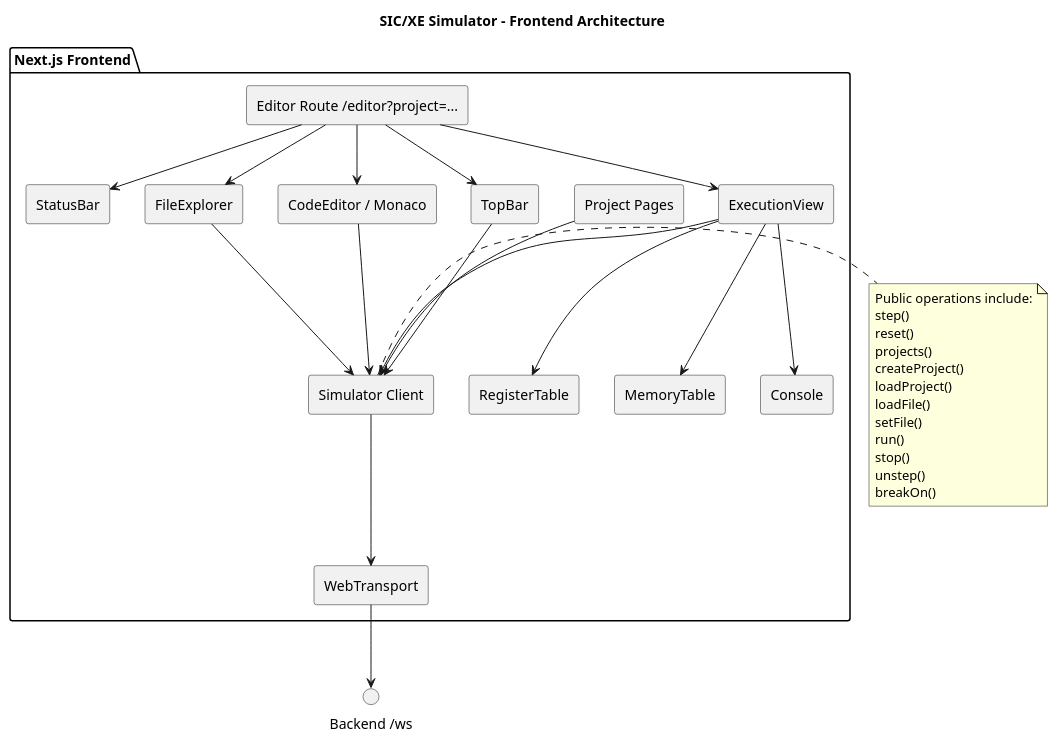
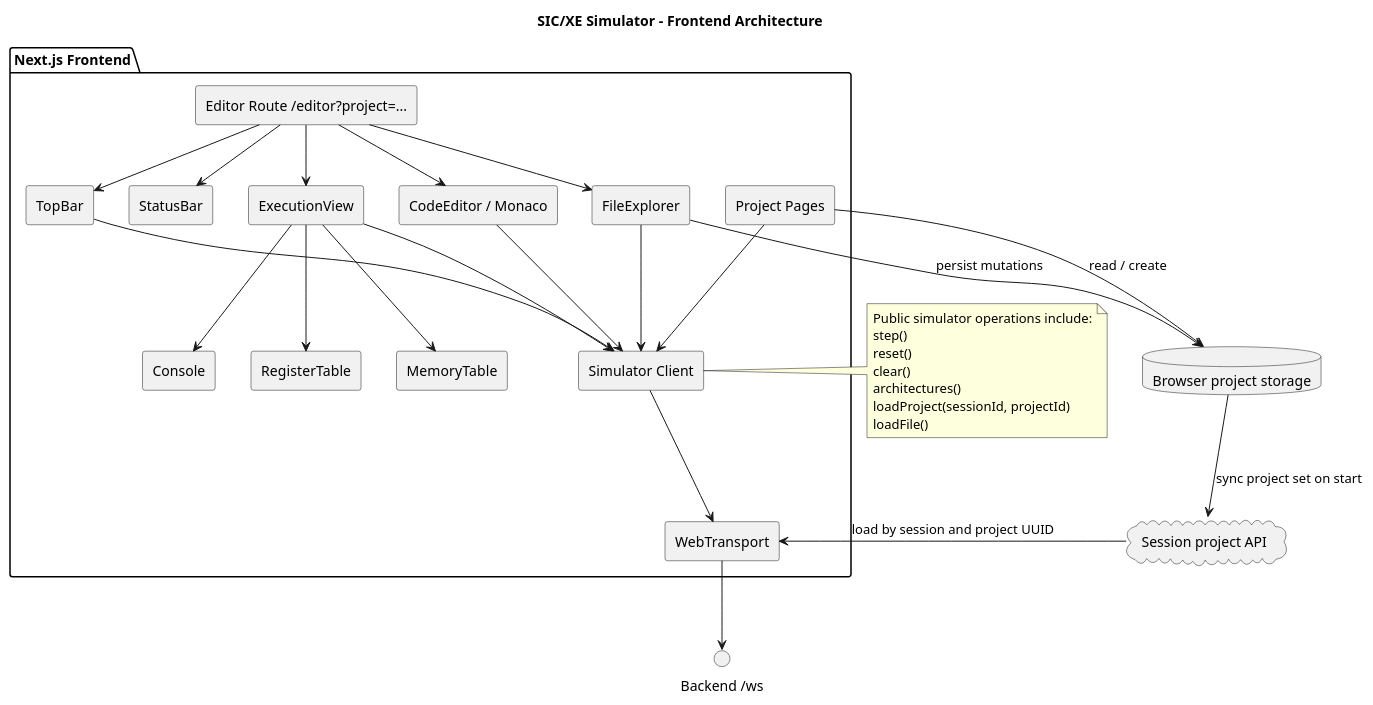
One commit to Eduardo-Machado-Behling/SIC-XE-Simulator changed the diagram in backend/docs/uml/08_frontend_architecture.puml. Above: the diagram before and after it, drawn with PlantUML. The commit also changed 40 other files, not shown here.

```diff
--- a/backend/docs/uml/08_frontend_architecture.puml
+++ b/backend/docs/uml/08_frontend_architecture.puml
@@ -1,55 +1,57 @@
 @startuml
 title SIC/XE Simulator - Frontend Architecture
 skinparam componentStyle rectangle
 
 package "Next.js Frontend" {
   [Project Pages]
   [Editor Route /editor?project=...]
   [TopBar]
   [StatusBar]
   [FileExplorer]
   [CodeEditor / Monaco]
   [ExecutionView]
   [RegisterTable]
   [MemoryTable]
   [Console]
 
   component "Simulator Client" as Client
   component "WebTransport" as Transport
 }
 
 [Project Pages] --> Client
 [Editor Route /editor?project=...] --> [TopBar]
 [Editor Route /editor?project=...] --> [FileExplorer]
 [Editor Route /editor?project=...] --> [CodeEditor / Monaco]
 [Editor Route /editor?project=...] --> [ExecutionView]
 [Editor Route /editor?project=...] --> [StatusBar]
 
 [ExecutionView] --> [RegisterTable]
 [ExecutionView] --> [MemoryTable]
 [ExecutionView] --> [Console]
 
 [TopBar] --> Client
 [FileExplorer] --> Client
 [CodeEditor / Monaco] --> Client
 [ExecutionView] --> Client
 
 Client --> Transport
 Transport --> "Backend /ws"
 
 note right of Client
-Public operations include:
+Public simulator operations include:
 step()
 reset()
-projects()
-createProject()
-loadProject()
+clear()
+architectures()
+loadProject(sessionId, projectId)
 loadFile()
-setFile()
-run()
-stop()
-unstep()
-breakOn()
 end note
 
+database "Browser project storage" as LocalProjects
+cloud "Session project API" as SessionApi
+[Project Pages] --> LocalProjects : read / create
+[FileExplorer] --> LocalProjects : persist mutations
+LocalProjects --> SessionApi : sync project set on start
+SessionApi --> Transport : load by session and project UUID
+
 @enduml
```
